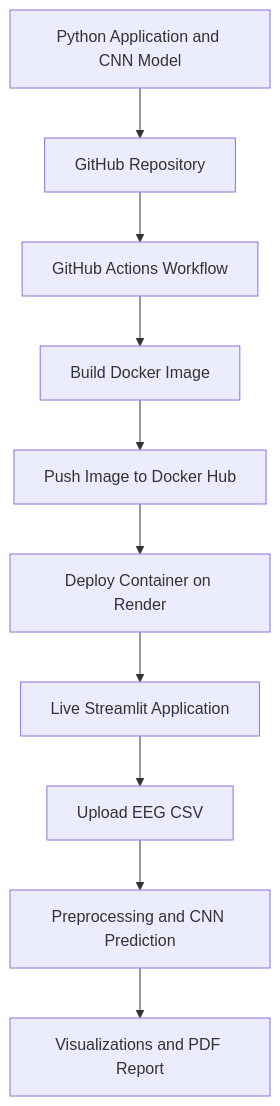
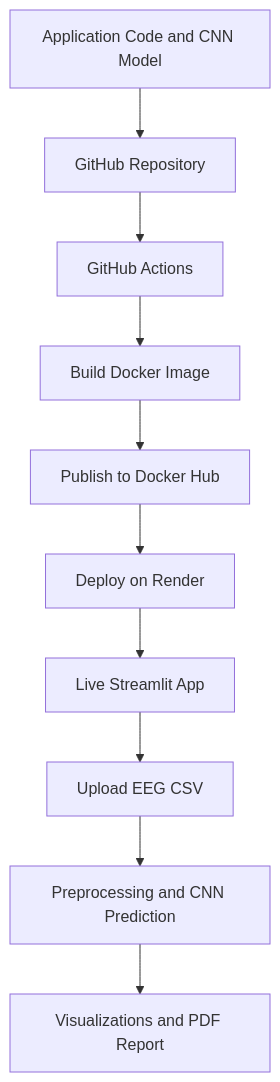
One commit to amrutha-s16/NeuroSense changed the diagram in README.md. Above: the diagram before and after it, drawn with Mermaid. The commit also changed other lines of this file, not shown here.

````diff
--- a/README.md
+++ b/README.md
@@ -51,12 +52,12 @@
 ```mermaid
 flowchart TD
-    A[Python Application and CNN Model] --> B[GitHub Repository]
-    B --> C[GitHub Actions Workflow]
+    A[Application Code and CNN Model] --> B[GitHub Repository]
+    B --> C[GitHub Actions]
     C --> D[Build Docker Image]
-    D --> E[Push Image to Docker Hub]
-    E --> F[Deploy Container on Render]
-    F --> G[Live Streamlit Application]
+    D --> E[Publish to Docker Hub]
+    E --> F[Deploy on Render]
+    F --> G[Live Streamlit App]
     G --> H[Upload EEG CSV]
     H --> I[Preprocessing and CNN Prediction]
     I --> J[Visualizations and PDF Report]
 ```
````
